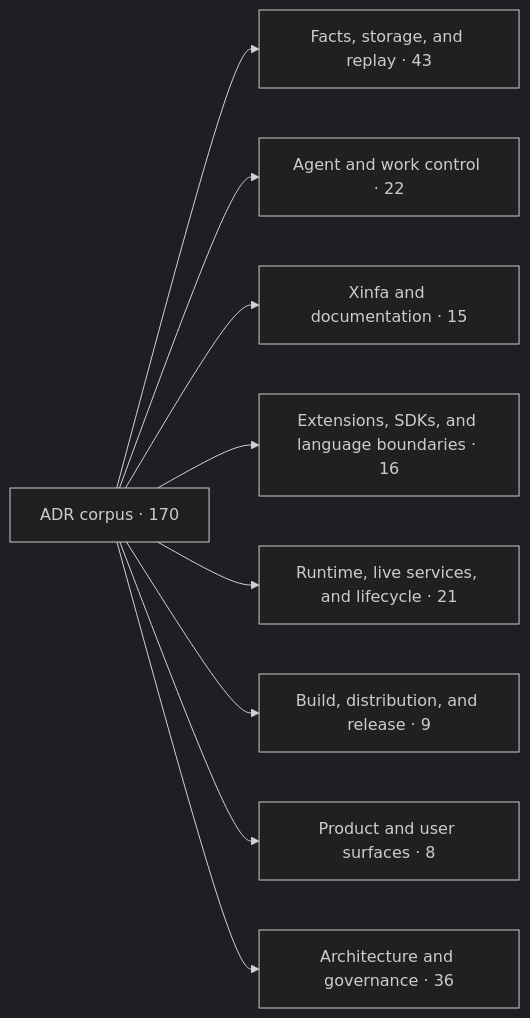
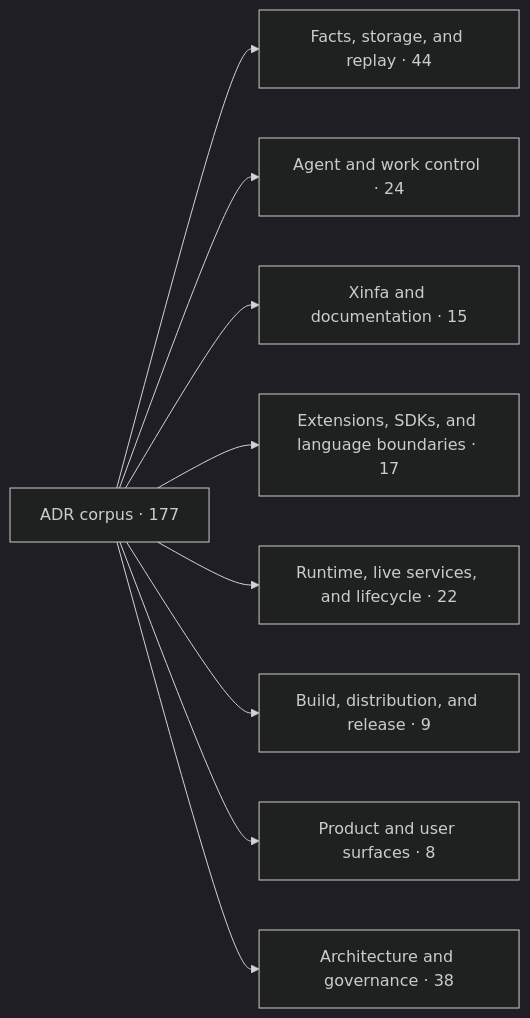
The first of 2 diagrams in docs/architecture/adr-map.md (kungfu-systems/kungfu), drawn with Mermaid (dark theme) before and after one commit. The commit also changed other lines of this file and 1406 other files, not shown here.

Commit message:
fix(work-control): isolate semantic removal replay

````diff
--- a/docs/architecture/adr-map.md
+++ b/docs/architecture/adr-map.md
@@ -20,12 +20,12 @@
 ```mermaid
 flowchart LR
-  root["ADR corpus · 170"]
-  root --> d0["Facts, storage, and replay · 43"]
-  root --> d1["Agent and work control · 22"]
+  root["ADR corpus · 177"]
+  root --> d0["Facts, storage, and replay · 44"]
+  root --> d1["Agent and work control · 24"]
   root --> d2["Xinfa and documentation · 15"]
-  root --> d3["Extensions, SDKs, and language boundaries · 16"]
-  root --> d4["Runtime, live services, and lifecycle · 21"]
+  root --> d3["Extensions, SDKs, and language boundaries · 17"]
+  root --> d4["Runtime, live services, and lifecycle · 22"]
   root --> d5["Build, distribution, and release · 9"]
   root --> d6["Product and user surfaces · 8"]
-  root --> d7["Architecture and governance · 36"]
+  root --> d7["Architecture and governance · 38"]
 ```
````
